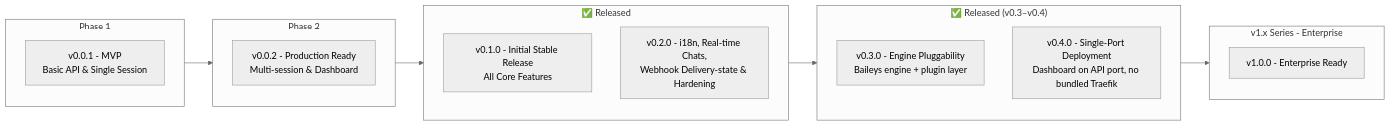
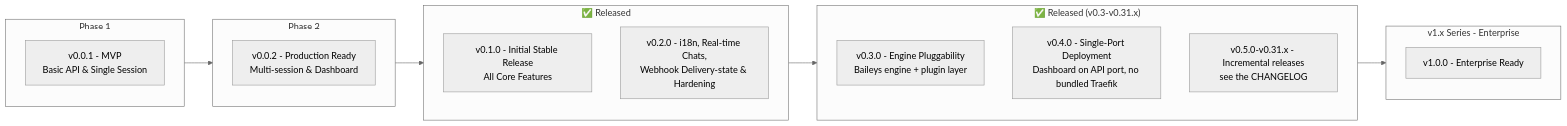
Before and after one commit to suryansh-business-work/duncit-all: the sixth of 7 diagrams in portals/crm/open-wa-server/docs/15-project-roadmap.md, drawn with Mermaid (neutral theme). The commit also changed other lines of this file and 2547 other files, not shown here.

````diff
--- a/portals/crm/open-wa-server/docs/15-project-roadmap.md
+++ b/portals/crm/open-wa-server/docs/15-project-roadmap.md
@@ -497,26 +517,27 @@
 ```mermaid
 flowchart LR
     subgraph Phase1["Phase 1"]
         V001[v0.0.1 - MVP<br/>Basic API & Single Session]
     end
 
     subgraph Phase2["Phase 2"]
         V002[v0.0.2 - Production Ready<br/>Multi-session & Dashboard]
     end
 
     subgraph Stable["✅ Released"]
         V010[v0.1.0 - Initial Stable Release<br/>All Core Features]
         V020[v0.2.0 - i18n, Real-time Chats,<br/>Webhook Delivery-state & Hardening]
     end
 
-    subgraph v0.x["✅ Released (v0.3–v0.4)"]
+    subgraph v0.x["✅ Released (v0.3-v0.31.x)"]
         V030[v0.3.0 - Engine Pluggability<br/>Baileys engine + plugin layer]
         V040[v0.4.0 - Single-Port Deployment<br/>Dashboard on API port, no bundled Traefik]
+        V011[v0.5.0-v0.31.x - Incremental releases<br/>see the CHANGELOG]
     end
 
     subgraph v1.x["v1.x Series - Enterprise"]
         V10[v1.0.0 - Enterprise Ready]
     end
 
     Phase1 --> Phase2 --> Stable --> v0.x --> v1.x
 ```
````
